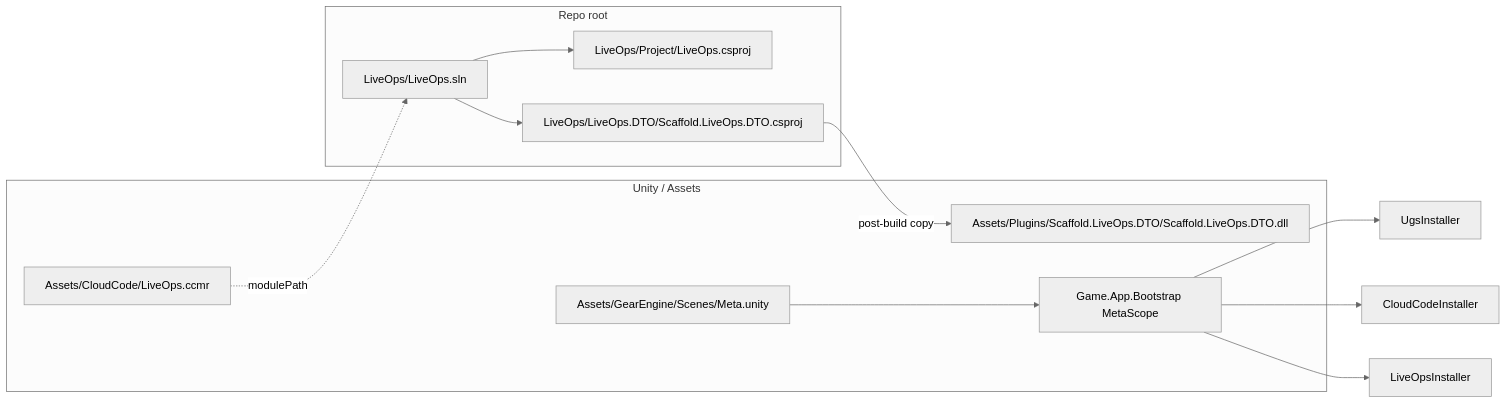
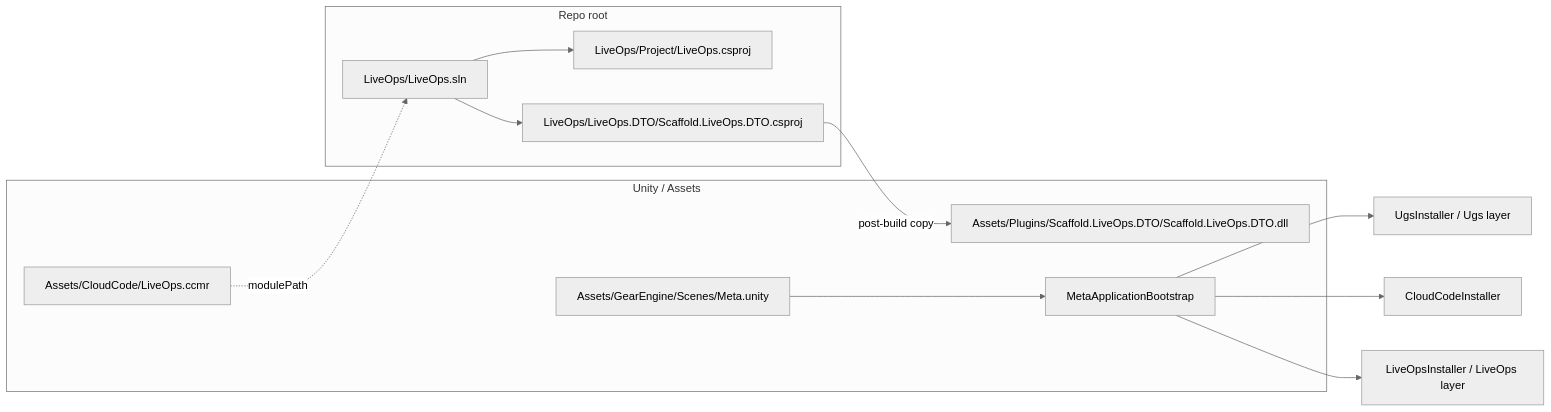
Before and after one commit to DuckDuckWeasel/Gear-Engine: the first of 2 diagrams in Docs/LiveOps/Bootstrap.md, drawn with Mermaid (neutral theme). The commit also changed other lines of this file and 129 other files, not shown here.

````diff
--- a/Docs/LiveOps/Bootstrap.md
+++ b/Docs/LiveOps/Bootstrap.md
@@ -17,24 +17,24 @@
 ```mermaid
 flowchart LR
     subgraph Repo[Repo root]
         sln[LiveOps/LiveOps.sln]
         csmod[LiveOps/Project/LiveOps.csproj]
         csdto[LiveOps/LiveOps.DTO/Scaffold.LiveOps.DTO.csproj]
     end
 
     subgraph UnityProject[Unity / Assets]
         ccmr[Assets/CloudCode/LiveOps.ccmr]
         dll[Assets/Plugins/Scaffold.LiveOps.DTO/Scaffold.LiveOps.DTO.dll]
         meta[Assets/GearEngine/Scenes/Meta.unity]
-        host[Game.App.Bootstrap MetaScope]
+        host[MetaApplicationBootstrap]
     end
 
     csdto -->|post-build copy| dll
     sln --> csmod
     sln --> csdto
     ccmr -.->|modulePath| sln
     meta --> host
-    host --> Ugs[UgsInstaller]
+    host --> Ugs[UgsInstaller / Ugs layer]
     host --> Cc[CloudCodeInstaller]
-    host --> Lo[LiveOpsInstaller]
+    host --> Lo[LiveOpsInstaller / LiveOps layer]
 ```
````
